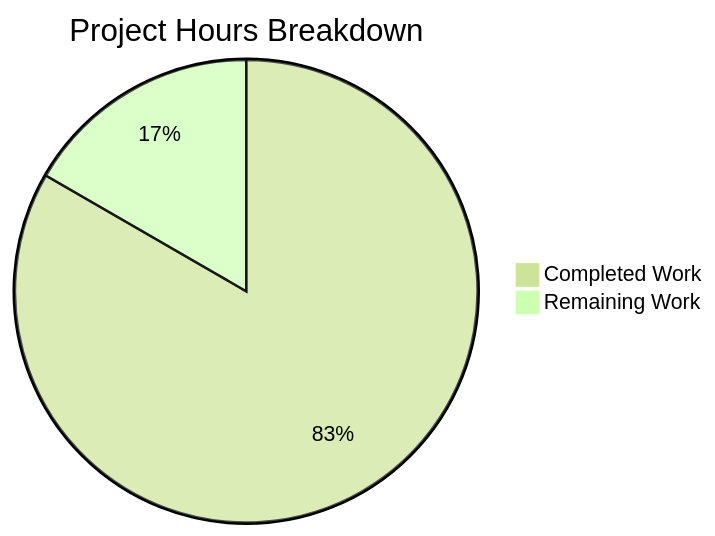
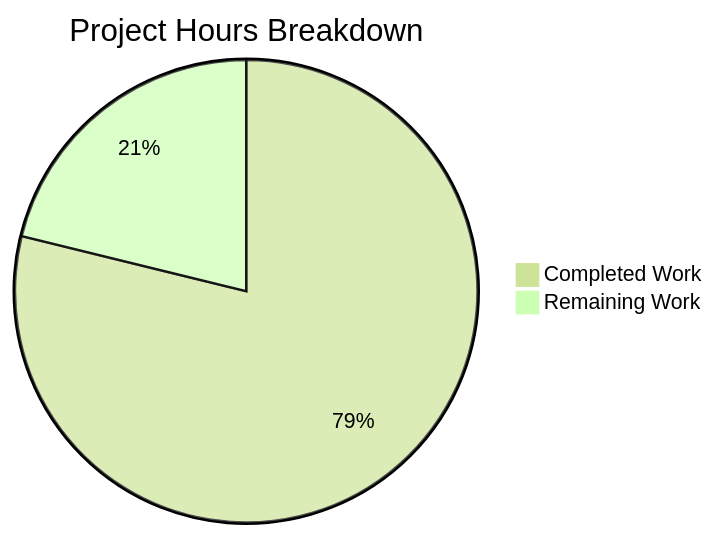
The diagram in blitzy/documentation/Project Guide.md (blitzy-public-samples/blitzy-WebVella-ERP), drawn with Mermaid (forest theme) before and after one commit. The commit also changed other lines of this file, not shown here.

Commit message:
Adding Blitzy Project Guide: Project Status and Human Tasks Remaining

````diff
--- a/blitzy/documentation/Project Guide.md
+++ b/blitzy/documentation/Project Guide.md
@@ -23,5 +52,5 @@
 ```mermaid
 pie title Project Hours Breakdown
-    "Completed Work" : 220
-    "Remaining Work" : 44
+    "Completed Work" : 216
+    "Remaining Work" : 58
 ```
````
